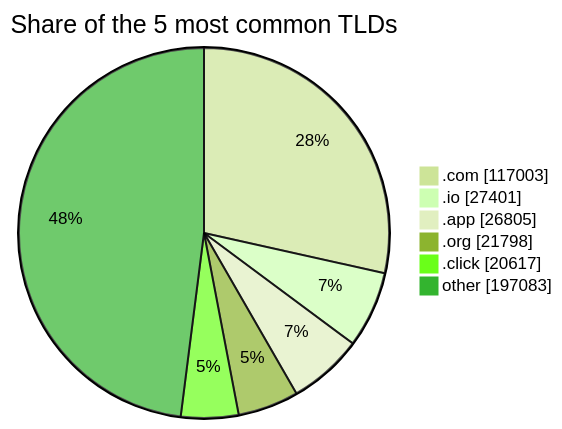
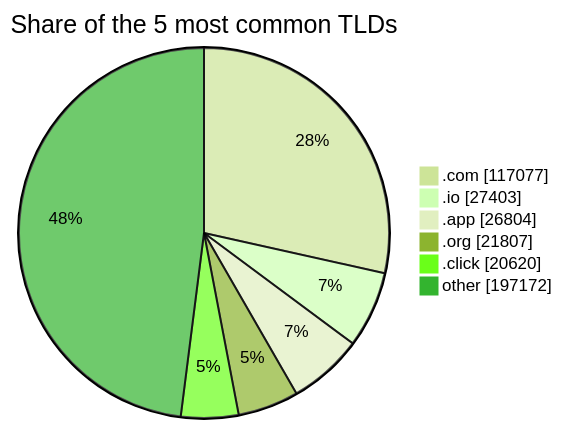
One commit to DNSBunker/CTI changed the third of 3 diagrams in README.md. Above: the diagram before and after it, drawn with Mermaid (forest theme). The commit also changed other lines of this file and 3 other files, not shown here.

````diff
--- a/README.md
+++ b/README.md
@@ -81,9 +81,9 @@
 ```mermaid
 pie showData title Share of the 5 most common TLDs
-    ".com" : 117003
-    ".io" : 27401
-    ".app" : 26805
-    ".org" : 21798
-    ".click" : 20617
-    "other" : 197083
+    ".com" : 117077
+    ".io" : 27403
+    ".app" : 26804
+    ".org" : 21807
+    ".click" : 20620
+    "other" : 197172
 ```
````
